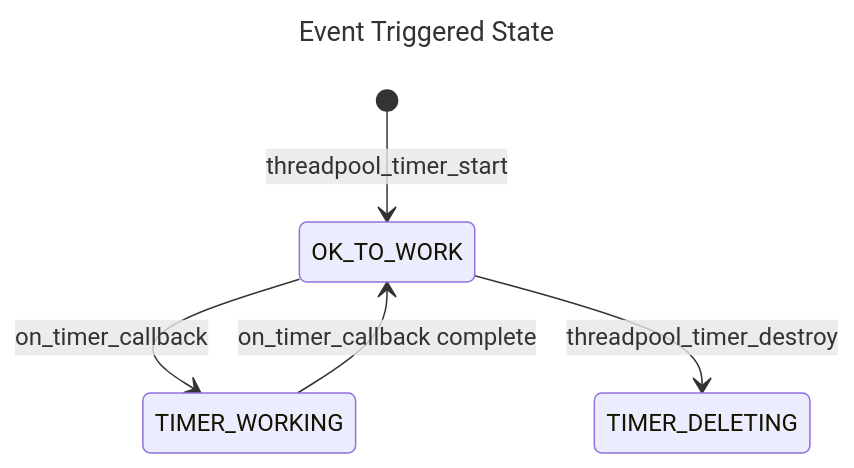
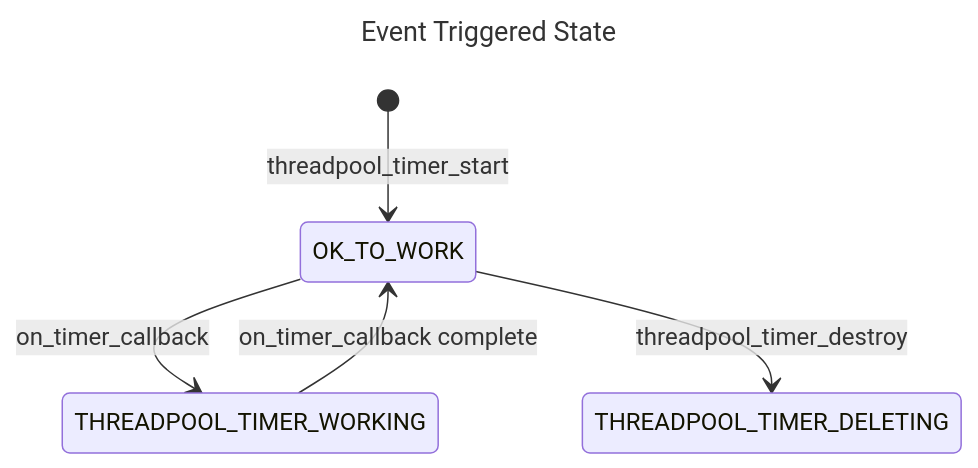
The second of 2 diagrams in linux/devdoc/threadpool_linux_requirements.md (Azure/c-pal), drawn with Mermaid before and after one commit. The commit also changed other lines of this file and 13 other files, not shown here.

````diff
--- a/linux/devdoc/threadpool_linux_requirements.md
+++ b/linux/devdoc/threadpool_linux_requirements.md
@@ -50,10 +50,10 @@
 ```mermaid
 ---
 title: Event Triggered State
 ---
 stateDiagram-v2
     [*] --> OK_TO_WORK: threadpool_timer_start
-    OK_TO_WORK --> TIMER_WORKING : on_timer_callback
-    TIMER_WORKING --> OK_TO_WORK : on_timer_callback complete
-    OK_TO_WORK --> TIMER_DELETING : threadpool_timer_destroy
+    OK_TO_WORK --> THREADPOOL_TIMER_WORKING : on_timer_callback
+    THREADPOOL_TIMER_WORKING --> OK_TO_WORK : on_timer_callback complete
+    OK_TO_WORK --> THREADPOOL_TIMER_DELETING : threadpool_timer_destroy
 ```
````
